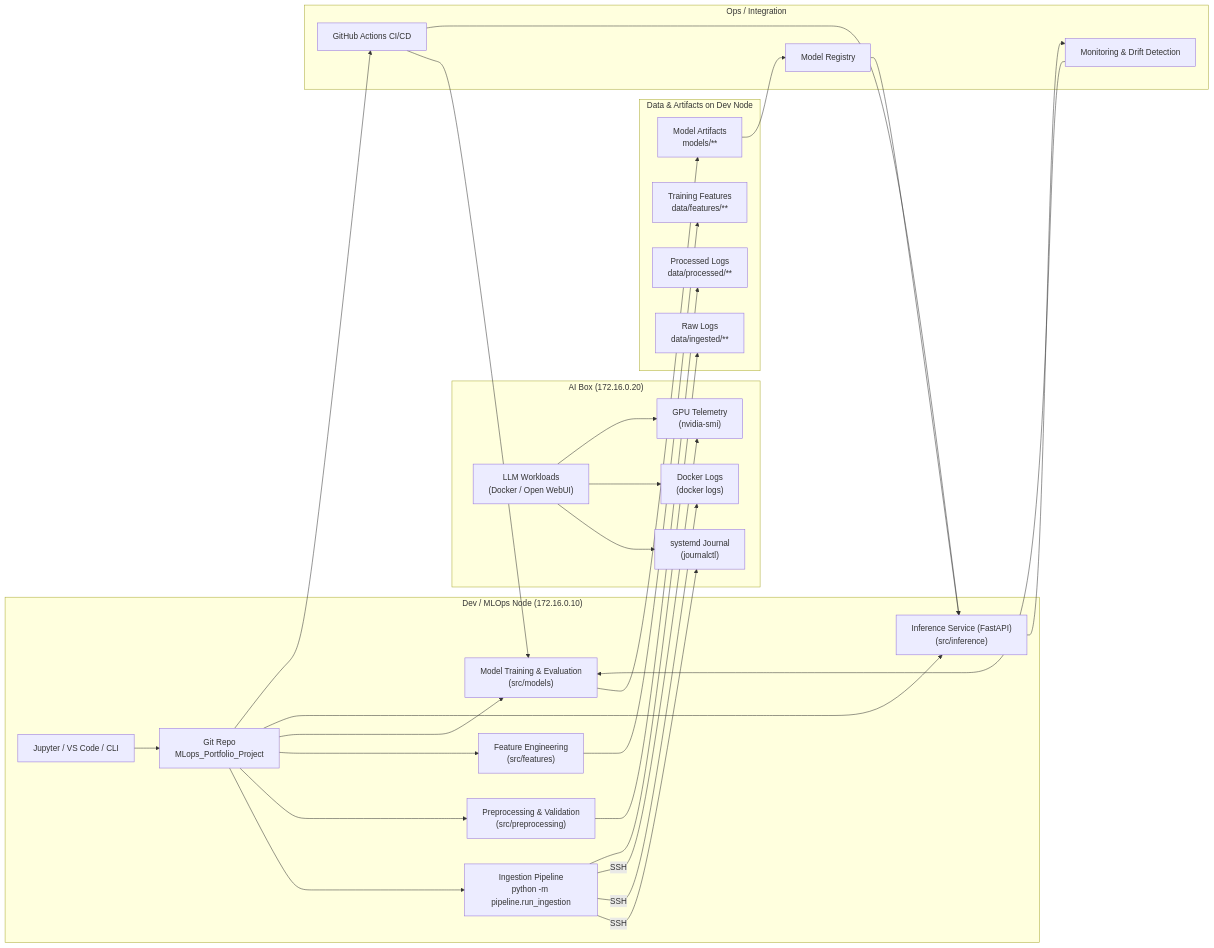
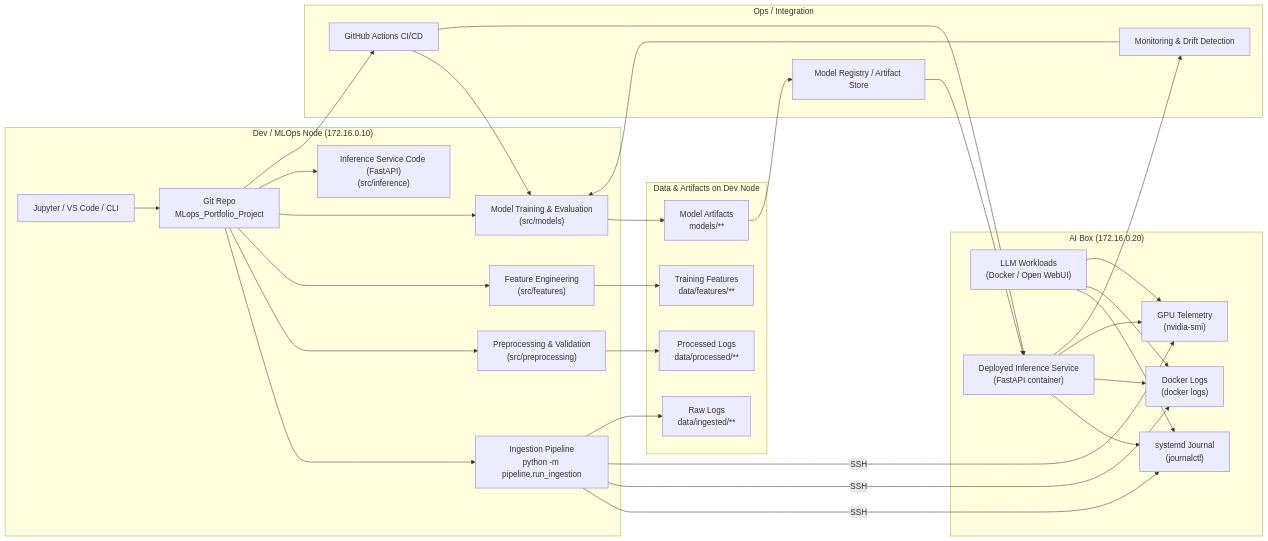
The diagram in README.md (allend2092/MLops_Portfolio_Project), drawn with Mermaid before and after one commit.

Commit message:
Update mermaid diagram

````diff
--- a/README.md
+++ b/README.md
@@ -136,63 +137,78 @@
 ```mermaid
 flowchart LR
 
+    %% ========= DEV / MLOps NODE =========
     subgraph Dev["Dev / MLOps Node (172.16.0.10)"]
         Jupyter["Jupyter / VS Code / CLI"]
         Repo["Git Repo<br/>MLops_Portfolio_Project"]
         Pipeline["Ingestion Pipeline<br/>python -m pipeline.run_ingestion"]
         Preproc["Preprocessing & Validation<br/>(src/preprocessing)"]
         FeatEng["Feature Engineering<br/>(src/features)"]
         Train["Model Training & Evaluation<br/>(src/models)"]
-        InferSvc["Inference Service (FastAPI)<br/>(src/inference)"]
+        InferCode["Inference Service Code (FastAPI)<br/>(src/inference)"]
     end
 
+    %% ========= AI BOX =========
     subgraph AI["AI Box (172.16.0.20)"]
+        LLMs["LLM Workloads<br/>(Docker / Open WebUI)"]
         Sysd["systemd Journal<br/>(journalctl)"]
         DockerLogs["Docker Logs<br/>(docker logs)"]
         GPUMetrics["GPU Telemetry<br/>(nvidia-smi)"]
-        LLMs["LLM Workloads<br/>(Docker / Open WebUI)"]
+        InferSvc["Deployed Inference Service<br/>(FastAPI container)"]
     end
 
+    %% ========= DATA & ARTIFACTS (ON DEV) =========
     subgraph Data["Data & Artifacts on Dev Node"]
         Raw["Raw Logs<br/>data/ingested/**"]
         Processed["Processed Logs<br/>data/processed/**"]
         Features["Training Features<br/>data/features/**"]
         Models["Model Artifacts<br/>models/**"]
     end
 
+    %% ========= OPS / INTEGRATION =========
     subgraph Ops["Ops / Integration"]
         CI["GitHub Actions CI/CD"]
-        Registry["Model Registry"]
+        Registry["Model Registry / Artifact Store"]
         Monitor["Monitoring & Drift Detection"]
     end
 
+    %% ---- Dev workflow ----
     Jupyter --> Repo
     Repo --> Pipeline
     Repo --> Preproc
     Repo --> FeatEng
     Repo --> Train
-    Repo --> InferSvc
+    Repo --> InferCode
 
+    %% ---- Ingestion over SSH (Dev -> AI box) ----
     Pipeline -- "SSH" --> Sysd
     Pipeline -- "SSH" --> DockerLogs
     Pipeline -- "SSH" --> GPUMetrics
 
+    %% ---- Workloads generating logs on AI box ----
     LLMs --> Sysd
     LLMs --> DockerLogs
     LLMs --> GPUMetrics
 
+    %% Inference service on AI box also produces logs + GPU usage
+    InferSvc --> Sysd
+    InferSvc --> DockerLogs
+    InferSvc --> GPUMetrics
+
+    %% ---- Data flow on Dev node ----
     Pipeline --> Raw
     Preproc --> Processed
     FeatEng --> Features
     Train --> Models
     Models --> Registry
-    Registry --> InferSvc
 
-    InferSvc --> Monitor
-    Monitor --> Train
-
+    %% ---- Inference deployment path ----
     Repo --> CI
     CI --> Train
     CI --> InferSvc
 
+    %% ---- Serving and monitoring loop ----
+    Registry --> InferSvc
+    InferSvc --> Monitor
+    Monitor --> Train
 ```
````
